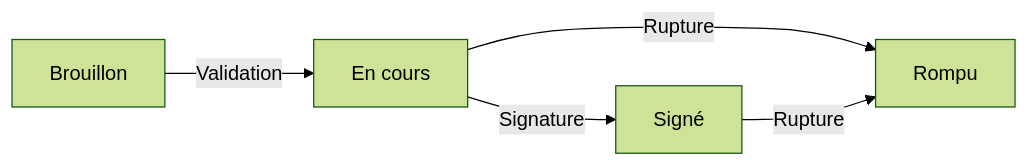
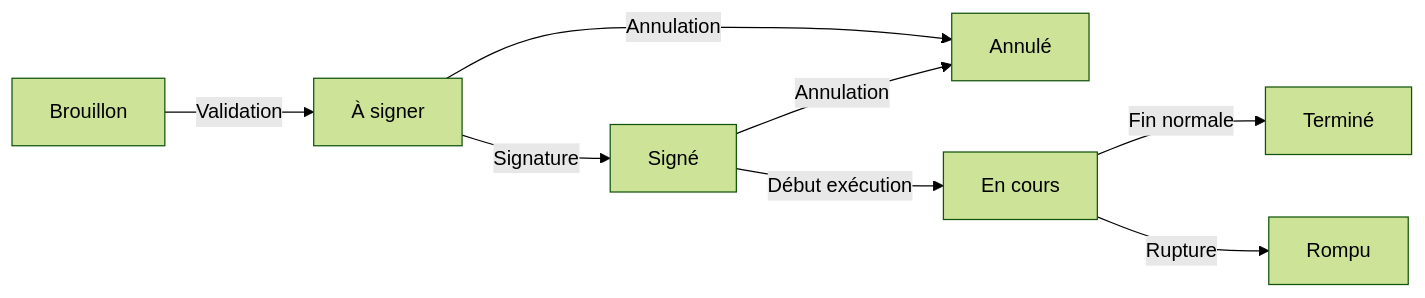
Before and after one commit to rtssolutions/documentation: the diagram in documentations/contrats/07-gerer-etats-contrat.md, drawn with Mermaid (forest theme). The commit also changed other lines of this file and 8 other files, not shown here.

````diff
--- a/documentations/contrats/07-gerer-etats-contrat.md
+++ b/documentations/contrats/07-gerer-etats-contrat.md
@@ -24,7 +28,10 @@
 ```mermaid "max-w-xl"
 graph LR
-    B[Brouillon] -->|Validation| E[En cours]
-    E -->|Signature| S[Signé]
+    B[Brouillon] -->|Validation| A[À signer]
+    A -->|Signature| S[Signé]
+    A -->|Annulation| AN[Annulé]
+    S -->|Annulation| AN
+    S -->|Début exécution| E[En cours]
+    E -->|Fin normale| T[Terminé]
     E -->|Rupture| R[Rompu]
-    S -->|Rupture| R
 ```
````
